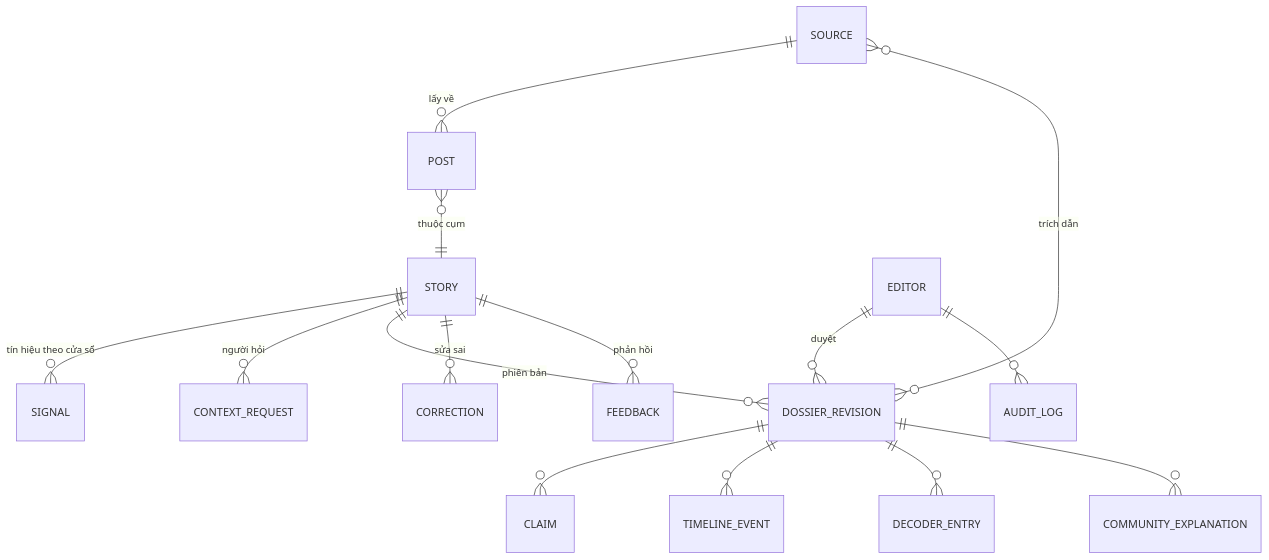
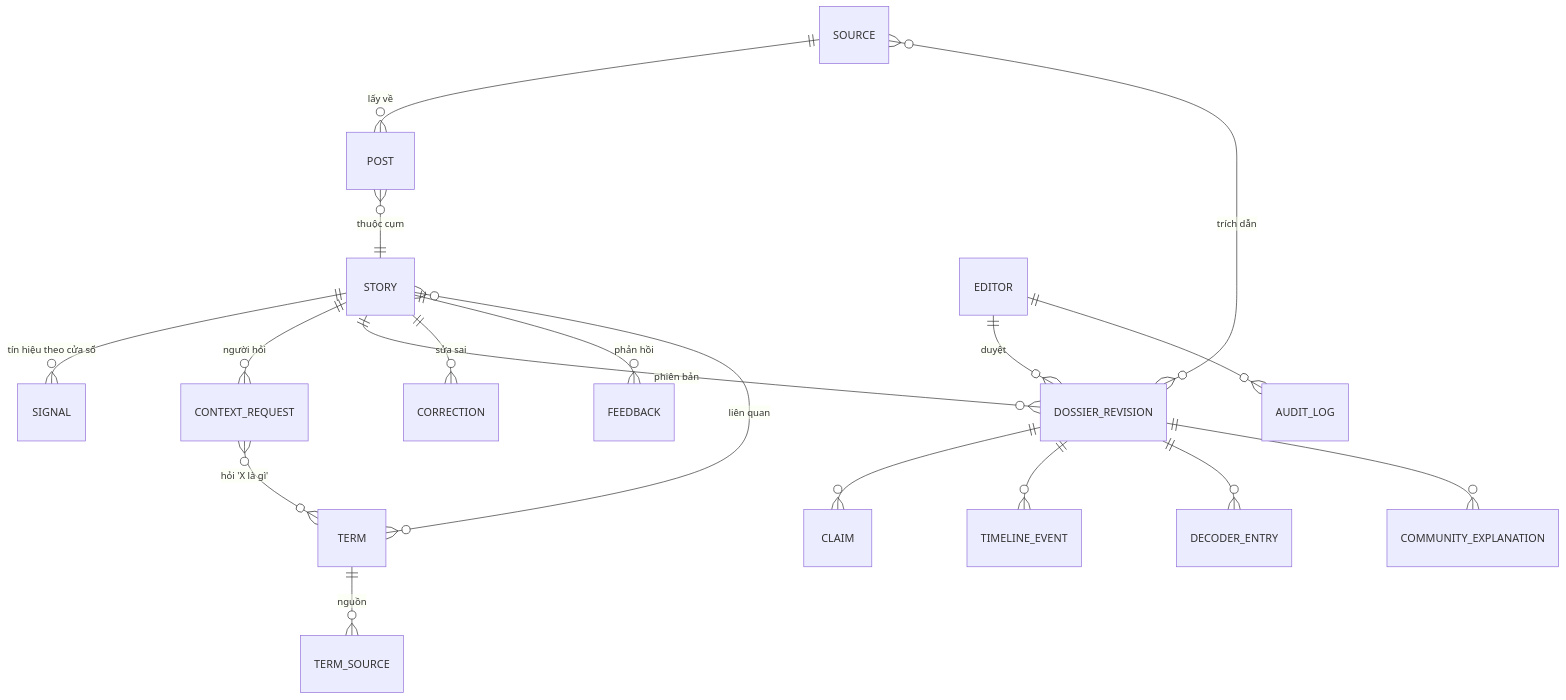
One commit to luongkam/toibingu changed the diagram in docs/01-sd/data-architecture/SD-TBY001-data-architecture.md. Above: the diagram before and after it, drawn with Mermaid. The commit also changed other lines of this file and 29 other files, not shown here.

````diff
--- a/docs/01-sd/data-architecture/SD-TBY001-data-architecture.md
+++ b/docs/01-sd/data-architecture/SD-TBY001-data-architecture.md
@@ -22,17 +22,20 @@
 ```mermaid
 erDiagram
   SOURCE ||--o{ POST : "lấy về"
   POST }o--|| STORY : "thuộc cụm"
   STORY ||--o{ SIGNAL : "tín hiệu theo cửa sổ"
   STORY ||--o{ CONTEXT_REQUEST : "người hỏi"
   STORY ||--o{ DOSSIER_REVISION : "phiên bản"
   DOSSIER_REVISION ||--o{ CLAIM : ""
   DOSSIER_REVISION ||--o{ TIMELINE_EVENT : ""
   DOSSIER_REVISION ||--o{ DECODER_ENTRY : ""
   DOSSIER_REVISION ||--o{ COMMUNITY_EXPLANATION : ""
   DOSSIER_REVISION }o--o{ SOURCE : "trích dẫn"
   STORY ||--o{ CORRECTION : "sửa sai"
   STORY ||--o{ FEEDBACK : "phản hồi"
   EDITOR ||--o{ DOSSIER_REVISION : "duyệt"
   EDITOR ||--o{ AUDIT_LOG : ""
+  TERM }o--o{ STORY : "liên quan"
+  TERM ||--o{ TERM_SOURCE : "nguồn"
+  CONTEXT_REQUEST }o--o{ TERM : "hỏi 'X là gì'"
 ```
````
